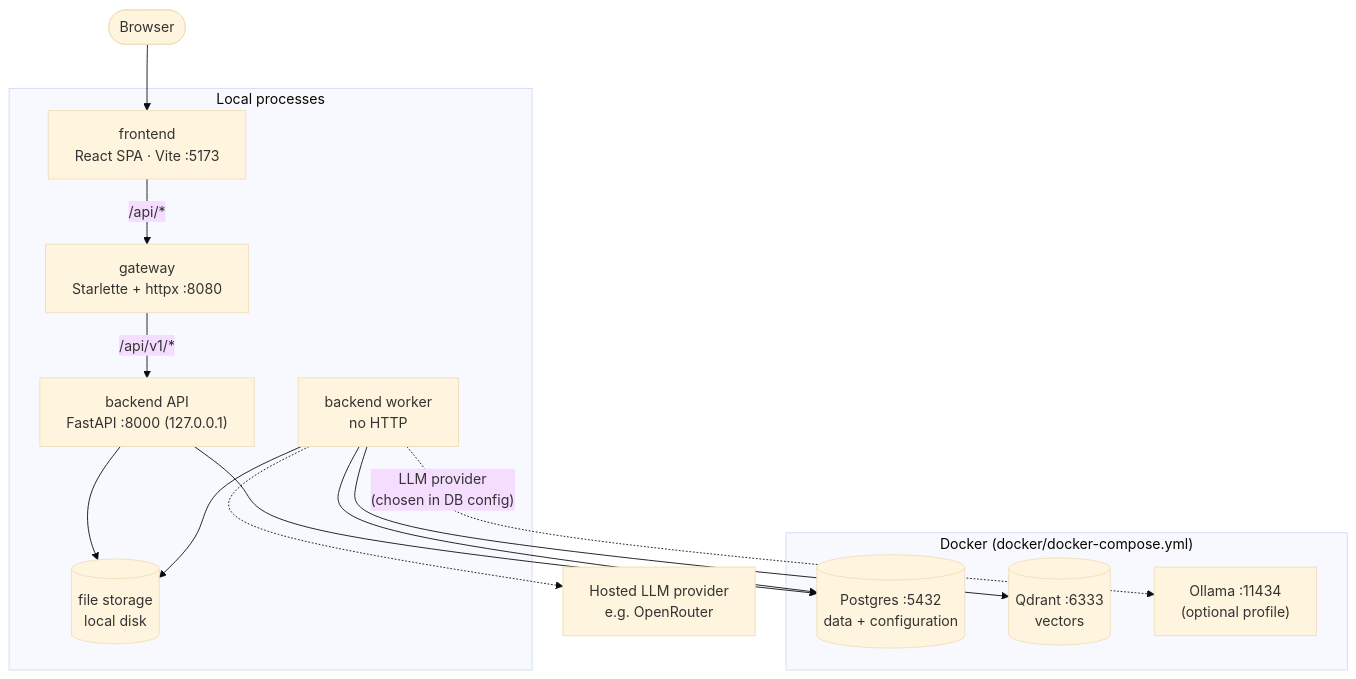
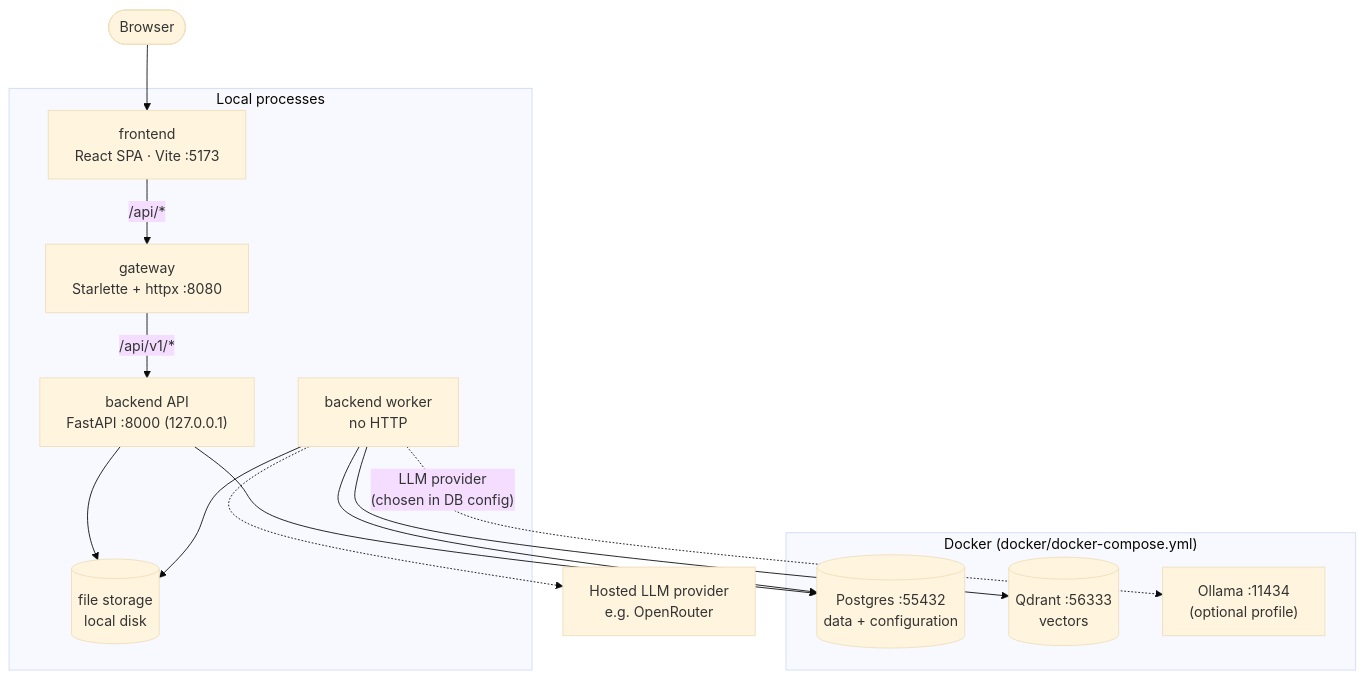
One commit to ramchandra-kc/ContractExtraction changed the first of 3 diagrams in docs/architecture.md. Above: the diagram before and after it, drawn with Mermaid (base theme). The commit also changed other lines of this file and 6 other files, not shown here.

````diff
--- a/docs/architecture.md
+++ b/docs/architecture.md
@@ -19,31 +19,31 @@
 ```mermaid
 flowchart TB
     browser([Browser])
 
     subgraph local["Local processes"]
         fe["frontend<br/>React SPA · Vite :5173"]
         gw["gateway<br/>Starlette + httpx :8080"]
         api["backend API<br/>FastAPI :8000 (127.0.0.1)"]
         wk["backend worker<br/>no HTTP"]
         fs[("file storage<br/>local disk")]
     end
 
     subgraph docker["Docker (docker/docker-compose.yml)"]
-        pg[("Postgres :5432<br/>data + configuration")]
-        qd[("Qdrant :6333<br/>vectors")]
+        pg[("Postgres :55432<br/>data + configuration")]
+        qd[("Qdrant :56333<br/>vectors")]
         ol["Ollama :11434<br/>(optional profile)"]
     end
 
     or["Hosted LLM provider<br/>e.g. OpenRouter"]
 
     browser --> fe
     fe -- "/api/*" --> gw
     gw -- "/api/v1/*" --> api
     api --> pg
     api --> fs
     wk --> pg
     wk --> fs
     wk --> qd
     wk -. "LLM provider<br/>(chosen in DB config)" .-> ol
     wk -.-> or
 ```
````
